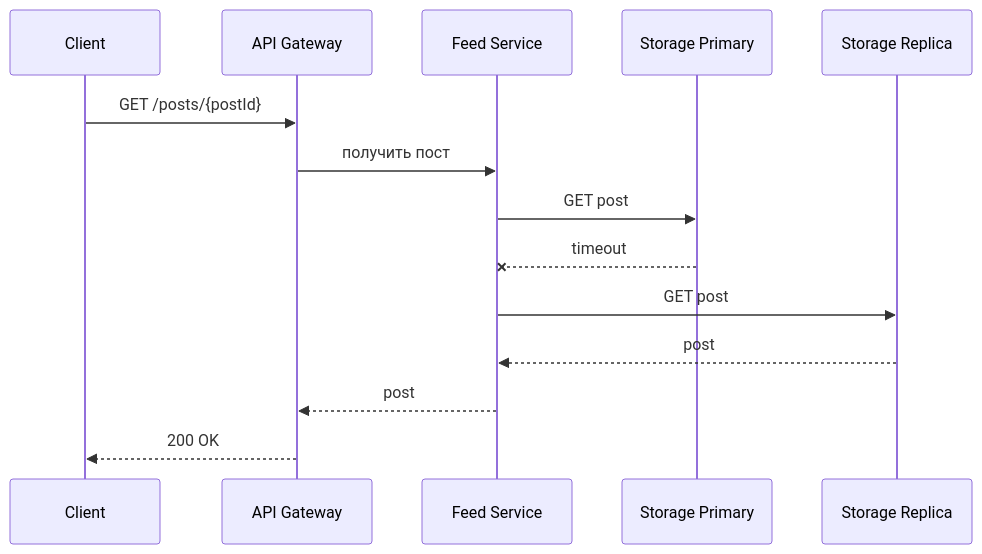
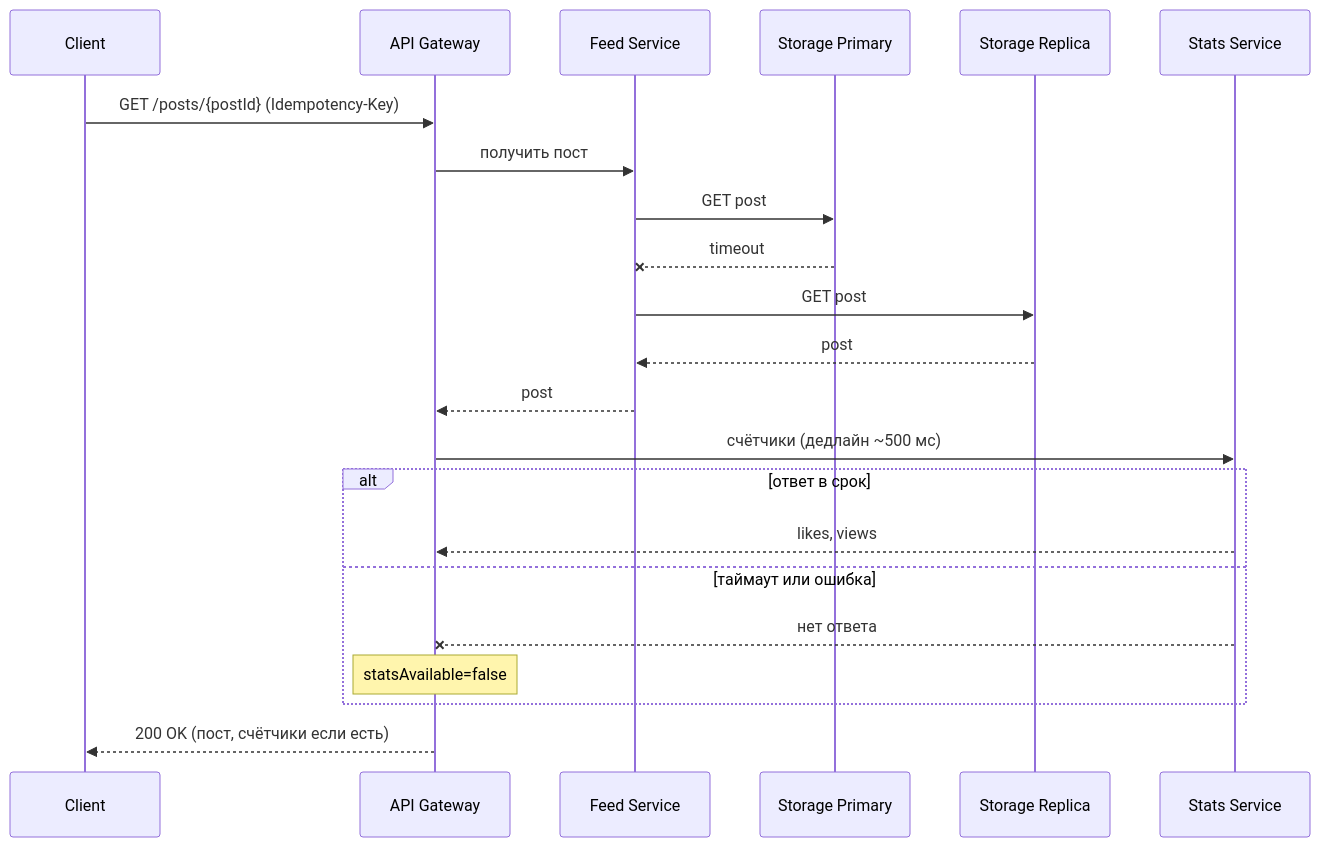
Before and after one commit to spbu-ds-practicum-2026/brigada: the fifth of 8 diagrams in docs/tr.md, drawn with Mermaid. The commit also changed other lines of this file, not shown here.

````diff
--- a/docs/tr.md
+++ b/docs/tr.md
@@ -560,17 +622,24 @@
 ```mermaid
 sequenceDiagram
     participant Client
     participant Gateway as API Gateway
     participant Feed as Feed Service
     participant Primary as Storage Primary
     participant Replica as Storage Replica
-
-    Client->>Gateway: GET /posts/{postId}
+    participant Stats as Stats Service
+    Client->>Gateway: GET /posts/{postId} (Idempotency-Key)
     Gateway->>Feed: получить пост
     Feed->>Primary: GET post
     Primary--xFeed: timeout
     Feed->>Replica: GET post
     Replica-->>Feed: post
     Feed-->>Gateway: post
-    Gateway-->>Client: 200 OK
+    Gateway->>Stats: счётчики (дедлайн ~500 мс)
+    alt ответ в срок
+        Stats-->>Gateway: likes, views
+    else таймаут или ошибка
+        Stats--xGateway: нет ответа
+        Note over Gateway: statsAvailable=false
+    end
+    Gateway-->>Client: 200 OK (пост, счётчики если есть)
 ```
````
